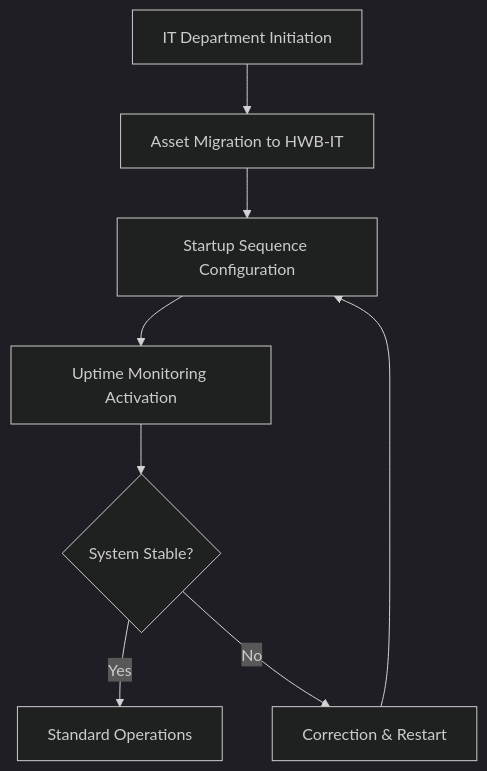
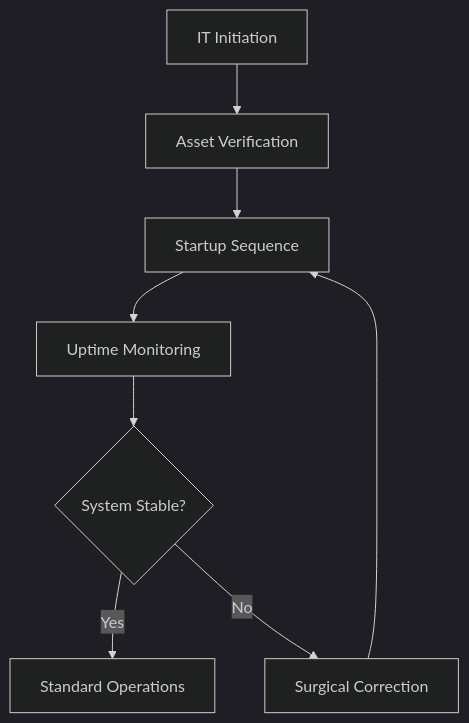
Before and after one commit to Humbertoed11/hwb-institutional-website: the diagram in HWB-COMPANY/HWB-IT/HWB-QMS-7.1 IT Management System SOP.md, drawn with Mermaid (dark theme). The commit also changed other lines of this file and 236 other files, not shown here.

````diff
--- a/HWB-COMPANY/HWB-IT/HWB-QMS-7.1 IT Management System SOP.md
+++ b/HWB-COMPANY/HWB-IT/HWB-QMS-7.1 IT Management System SOP.md
@@ -38,10 +57,10 @@
 ```mermaid
 graph TD
-    A[IT Department Initiation] --> B[Asset Migration to HWB-IT]
-    B --> C[Startup Sequence Configuration]
-    C --> D[Uptime Monitoring Activation]
+    A[IT Initiation] --> B[Asset Verification]
+    B --> C[Startup Sequence]
+    C --> D[Uptime Monitoring]
     D --> E{System Stable?}
     E -- Yes --> F[Standard Operations]
-    E -- No --> G[Correction & Restart]
+    E -- No --> G[Surgical Correction]
     G --> C
 ```
````
